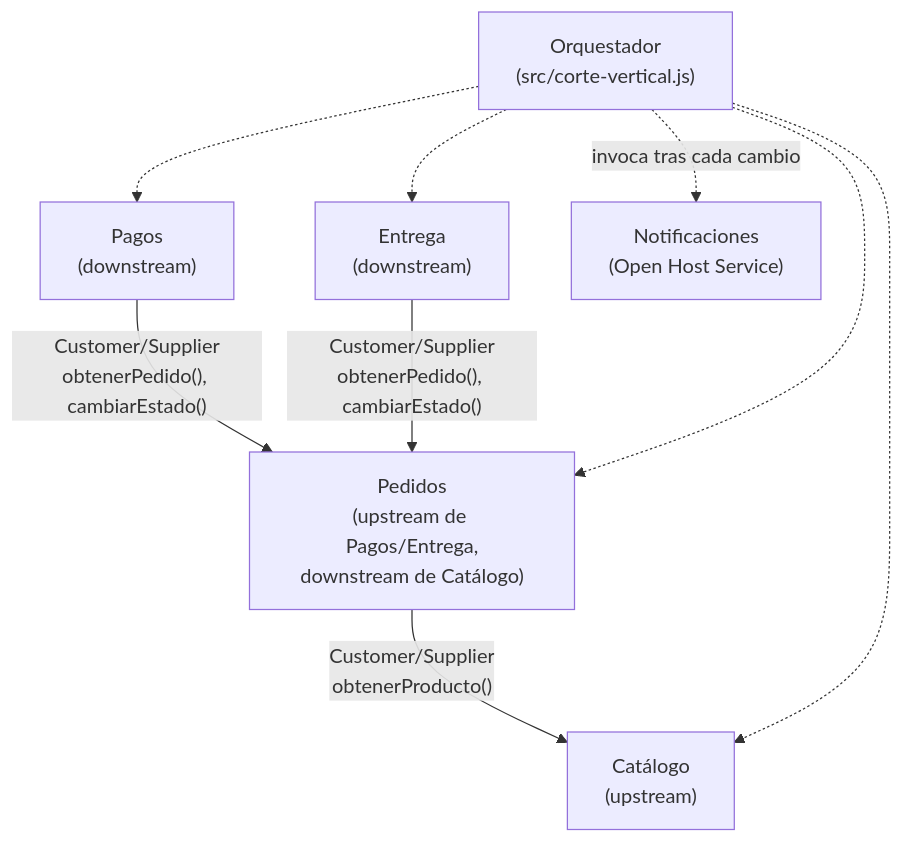
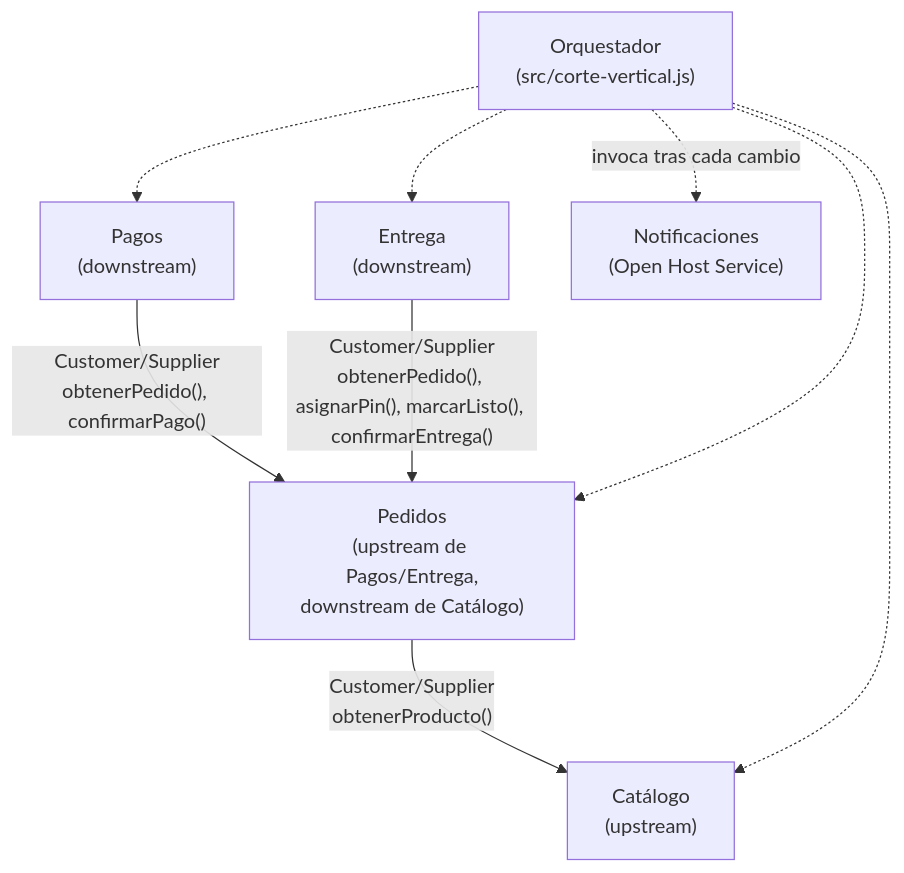
One commit to ISCOUTB/AS_202620_LaPlacita changed the diagram in docs/dominio/mapa-de-contextos.md. Above: the diagram before and after it, drawn with Mermaid. The commit also changed other lines of this file and 4 other files, not shown here.

````diff
--- a/docs/dominio/mapa-de-contextos.md
+++ b/docs/dominio/mapa-de-contextos.md
@@ -3,18 +3,18 @@
 ```mermaid
 graph TB
     Catalogo["Catálogo<br/>(upstream)"]
     Pedidos["Pedidos<br/>(upstream de Pagos/Entrega,<br/>downstream de Catálogo)"]
     Pagos["Pagos<br/>(downstream)"]
     Entrega["Entrega<br/>(downstream)"]
     Notificaciones["Notificaciones<br/>(Open Host Service)"]
     Orquestador["Orquestador<br/>(src/corte-vertical.js)"]
 
     Pedidos -->|"Customer/Supplier<br/>obtenerProducto()"| Catalogo
-    Pagos -->|"Customer/Supplier<br/>obtenerPedido(), cambiarEstado()"| Pedidos
-    Entrega -->|"Customer/Supplier<br/>obtenerPedido(), cambiarEstado()"| Pedidos
+    Pagos -->|"Customer/Supplier<br/>obtenerPedido(), confirmarPago()"| Pedidos
+    Entrega -->|"Customer/Supplier<br/>obtenerPedido(), asignarPin(), marcarListo(), confirmarEntrega()"| Pedidos
     Orquestador -.->|"invoca tras cada cambio"| Notificaciones
     Orquestador -.-> Catalogo
     Orquestador -.-> Pedidos
     Orquestador -.-> Pagos
     Orquestador -.-> Entrega
 ```
````
